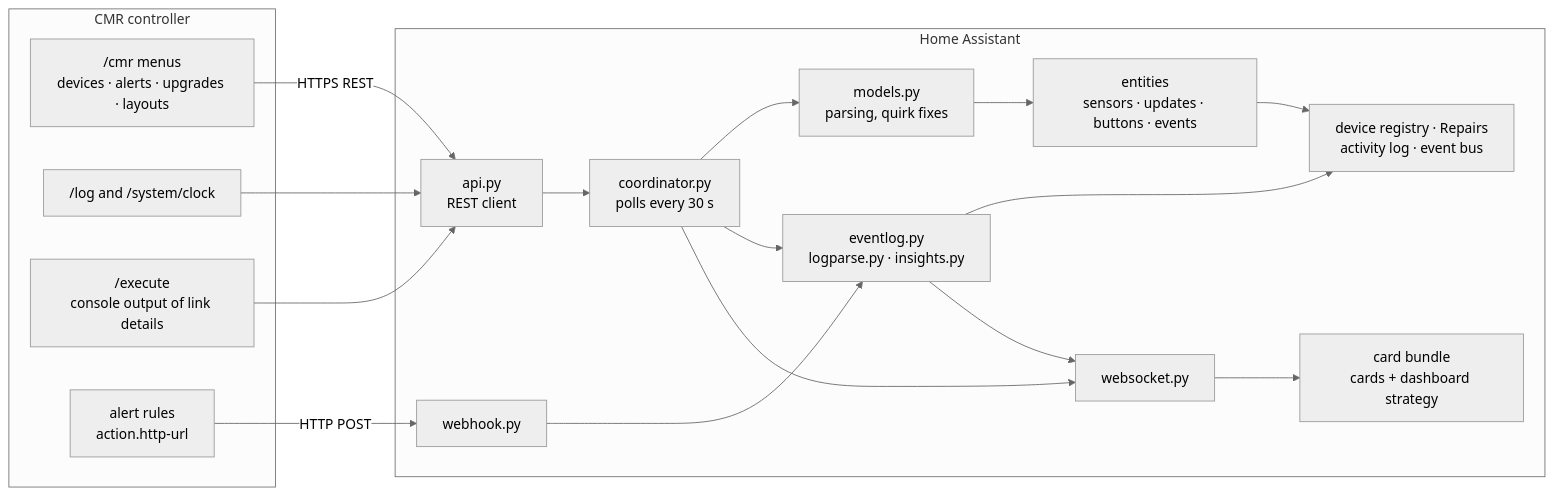
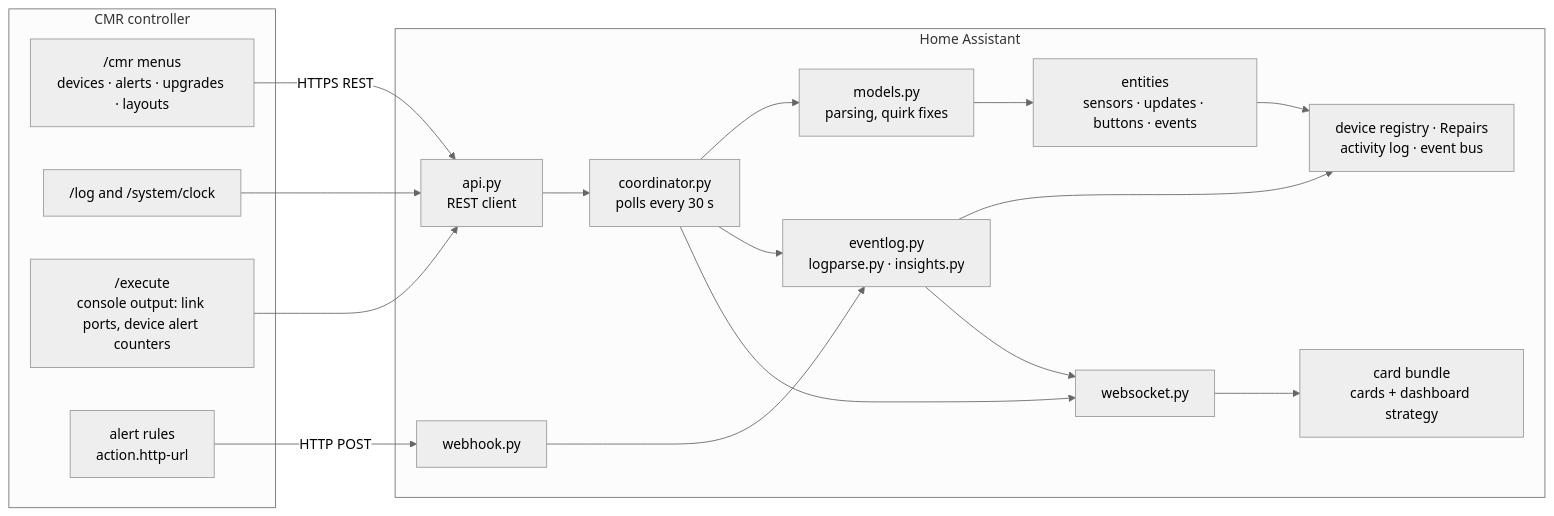
One commit to Anrijs/ha-cmr changed the diagram in README.md. Above: the diagram before and after it, drawn with Mermaid (neutral theme). The commit also changed other lines of this file and 14 other files, not shown here.

First line of the commit message:
0.2.4: per-device alert counters, Home Assistant test suite, CI

````diff
--- a/README.md
+++ b/README.md
@@ -68,29 +68,29 @@
 ```mermaid
 flowchart LR
   subgraph router["CMR controller"]
     cmr["/cmr menus<br/>devices · alerts · upgrades · layouts"]
     log["/log and /system/clock"]
-    exec["/execute<br/>console output of link details"]
+    exec["/execute<br/>console output: link ports, device alert counters"]
     rules["alert rules<br/>action.http-url"]
   end
   subgraph ha["Home Assistant"]
     api["api.py<br/>REST client"]
     coord["coordinator.py<br/>polls every 30 s"]
     models["models.py<br/>parsing, quirk fixes"]
     eventlog["eventlog.py<br/>logparse.py · insights.py"]
     entities["entities<br/>sensors · updates · buttons · events"]
     hacore["device registry · Repairs<br/>activity log · event bus"]
     ws["websocket.py"]
     hook["webhook.py"]
     cards["card bundle<br/>cards + dashboard strategy"]
   end
   cmr -- "HTTPS REST" --> api
   log --> api
   exec --> api
   api --> coord --> models --> entities --> hacore
   coord --> eventlog --> hacore
   coord --> ws
   eventlog --> ws
   ws --> cards
   rules -- "HTTP POST" --> hook --> eventlog
 ```
````
